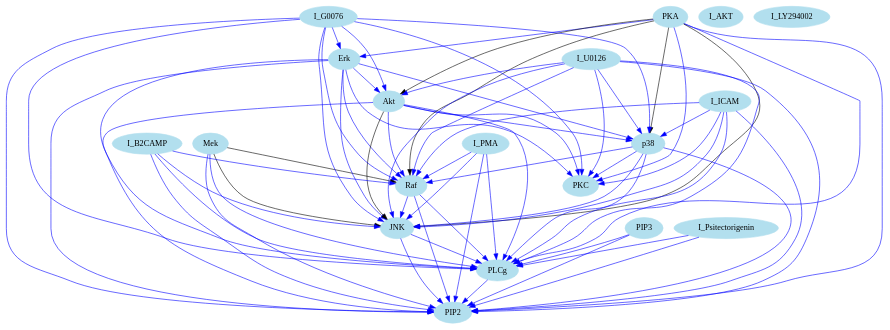
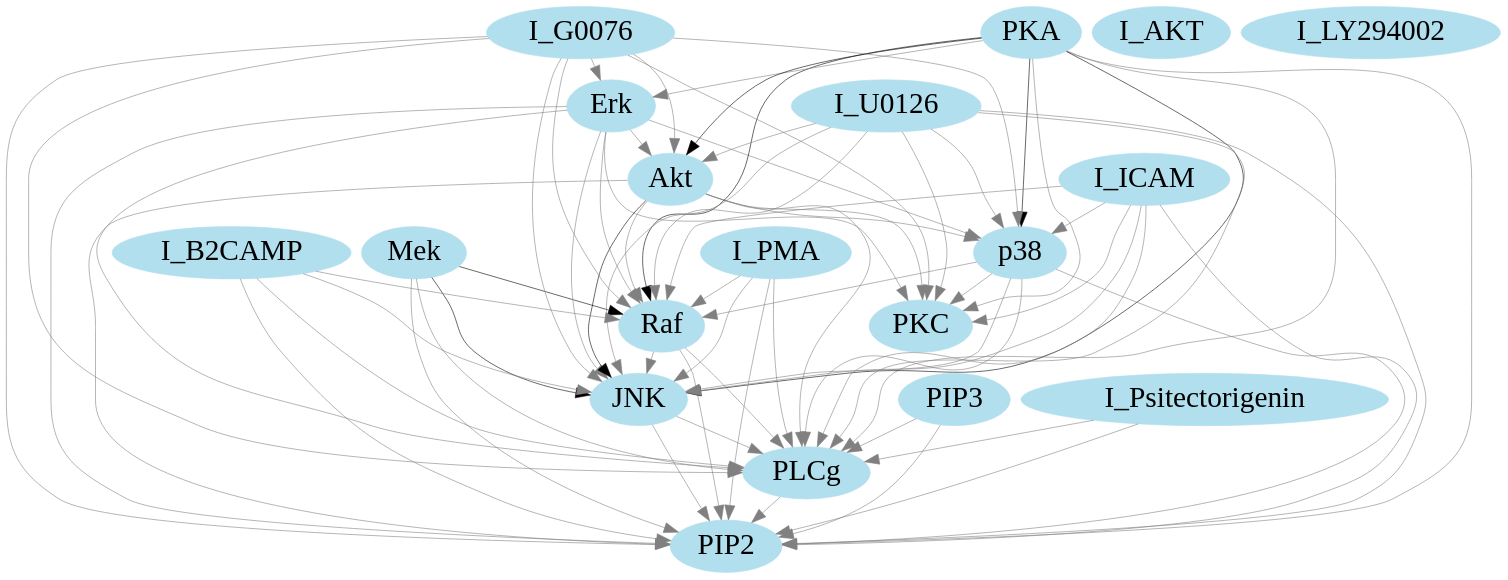
Before and after one commit to regenworm/aci: the diagram in R/jci/results/sachs/sachsAncGraph_bootstrap0_priorTRUEgfci.dot, drawn with Graphviz. The commit also changed 18 other files, not shown here.

```diff
--- a/R/jci/results/sachs/sachsAncGraph_bootstrap0_priorTRUEgfci.dot
+++ b/R/jci/results/sachs/sachsAncGraph_bootstrap0_priorTRUEgfci.dot
@@ -1,92 +1,92 @@
 digraph ofzo {
-node [color=lightblue2, style=filled];
-edge [color=blue];
+node [color=lightblue2, style=filled, fontsize=50];
+edge [color=grey, arrowsize=2.5];
 "Raf";
 "Mek";
 "PLCg";
 "PIP2";
 "PIP3";
 "Erk";
 "Akt";
 "PKA";
 "PKC";
 "p38";
 "JNK";
 "I_ICAM";
 "I_AKT";
 "I_G0076";
 "I_Psitectorigenin";
 "I_U0126";
 "I_LY294002";
 "I_PMA";
 "I_B2CAMP";
 "Raf" -> "PLCg" ;
 "Raf" -> "PIP2" ;
 "Raf" -> "JNK" ;
 "Mek" -> "Raf" [color=black];
 "Mek" -> "PLCg" ;
 "Mek" -> "PIP2" ;
 "Mek" -> "JNK" [color=black];
 "PLCg" -> "PIP2" ;
 "PIP3" -> "PLCg" ;
 "PIP3" -> "PIP2" ;
 "Erk" -> "Raf" ;
 "Erk" -> "PLCg" ;
 "Erk" -> "PIP2" ;
 "Erk" -> "Akt" ;
 "Erk" -> "PKC" ;
 "Erk" -> "p38" ;
 "Erk" -> "JNK" ;
 "Akt" -> "Raf" ;
 "Akt" -> "PLCg" ;
 "Akt" -> "PIP2" ;
 "Akt" -> "PKC" ;
 "Akt" -> "p38" ;
 "Akt" -> "JNK" [color=black];
 "PKA" -> "Raf" [color=black];
 "PKA" -> "PLCg" ;
 "PKA" -> "PIP2" ;
 "PKA" -> "Erk" ;
 "PKA" -> "Akt" [color=black];
 "PKA" -> "PKC" ;
 "PKA" -> "p38" [color=black];
 "PKA" -> "JNK" [color=black];
 "p38" -> "Raf" ;
 "p38" -> "PLCg" ;
 "p38" -> "PIP2" ;
 "p38" -> "PKC" ;
 "p38" -> "JNK" ;
 "JNK" -> "PLCg" ;
 "JNK" -> "PIP2" ;
 "I_ICAM" -> "Raf" ;
 "I_ICAM" -> "PLCg" ;
 "I_ICAM" -> "PIP2" ;
 "I_ICAM" -> "PKC" ;
 "I_ICAM" -> "p38" ;
 "I_ICAM" -> "JNK" ;
 "I_G0076" -> "Raf" ;
 "I_G0076" -> "PLCg" ;
 "I_G0076" -> "PIP2" ;
 "I_G0076" -> "Erk" ;
 "I_G0076" -> "Akt" ;
 "I_G0076" -> "PKC" ;
 "I_G0076" -> "p38" ;
 "I_G0076" -> "JNK" ;
 "I_Psitectorigenin" -> "PLCg" ;
 "I_Psitectorigenin" -> "PIP2" ;
 "I_U0126" -> "Raf" ;
 "I_U0126" -> "PLCg" ;
 "I_U0126" -> "PIP2" ;
 "I_U0126" -> "Akt" ;
 "I_U0126" -> "PKC" ;
 "I_U0126" -> "p38" ;
 "I_U0126" -> "JNK" ;
 "I_PMA" -> "Raf" ;
 "I_PMA" -> "PLCg" ;
 "I_PMA" -> "PIP2" ;
 "I_PMA" -> "JNK" ;
 "I_B2CAMP" -> "Raf" ;
 "I_B2CAMP" -> "PLCg" ;
 "I_B2CAMP" -> "PIP2" ;
 "I_B2CAMP" -> "JNK" ;
 }
```
